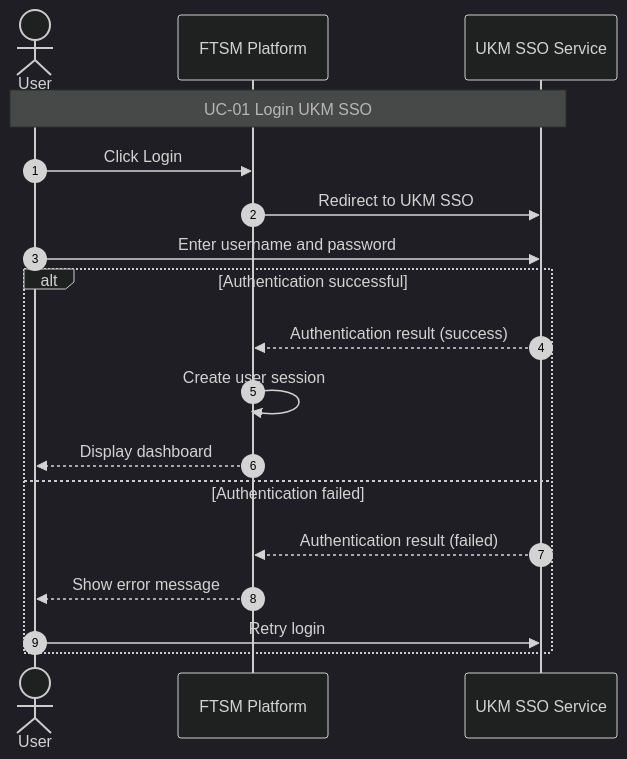
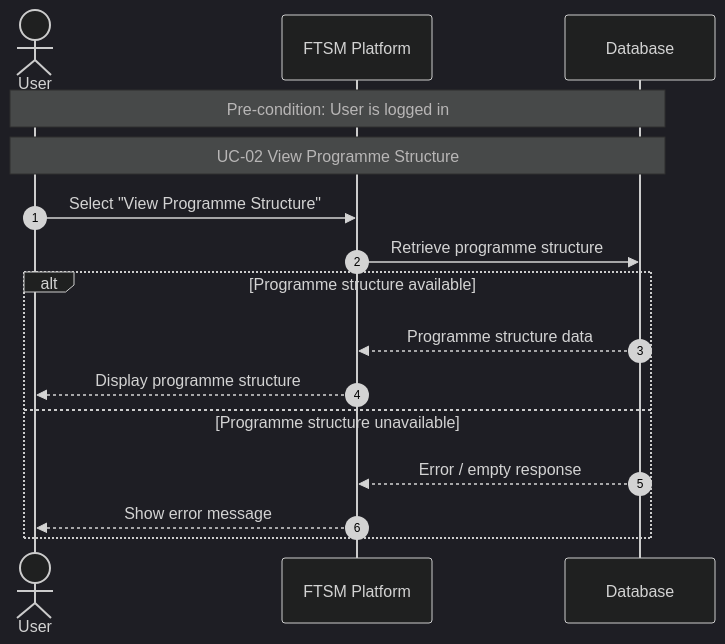
One commit to Lifantastic-O/iodraw-files changed the diagram in all/未命名-1.md. Above: the diagram before and after it, drawn with Mermaid (dark theme).

Commit message:
2025-12-18 17:21:48 update

````diff
--- a/all/未命名-1.md
+++ b/all/未命名-1.md
@@ -1,23 +1,22 @@
 ```mermaid
 sequenceDiagram
 autonumber
 actor User
 participant System as FTSM Platform
-participant SSO as UKM SSO Service
+participant DB as Database
 
-Note over User,SSO: UC-01 Login UKM SSO
-User->>System: Click Login
-System->>SSO: Redirect to UKM SSO
-User->>SSO: Enter username and password
+Note over User,DB: Pre-condition: User is logged in
+Note over User,DB: UC-02 View Programme Structure
 
-alt Authentication successful
-SSO-->>System: Authentication result (success)
-System->>System: Create user session
-System-->>User: Display dashboard
-else Authentication failed
-SSO-->>System: Authentication result (failed)
+User->>System: Select "View Programme Structure"
+System->>DB: Retrieve programme structure
+
+alt Programme structure available
+DB-->>System: Programme structure data
+System-->>User: Display programme structure
+else Programme structure unavailable
+DB-->>System: Error / empty response
 System-->>User: Show error message
-User->>SSO: Retry login
 end
 
 ```
````
